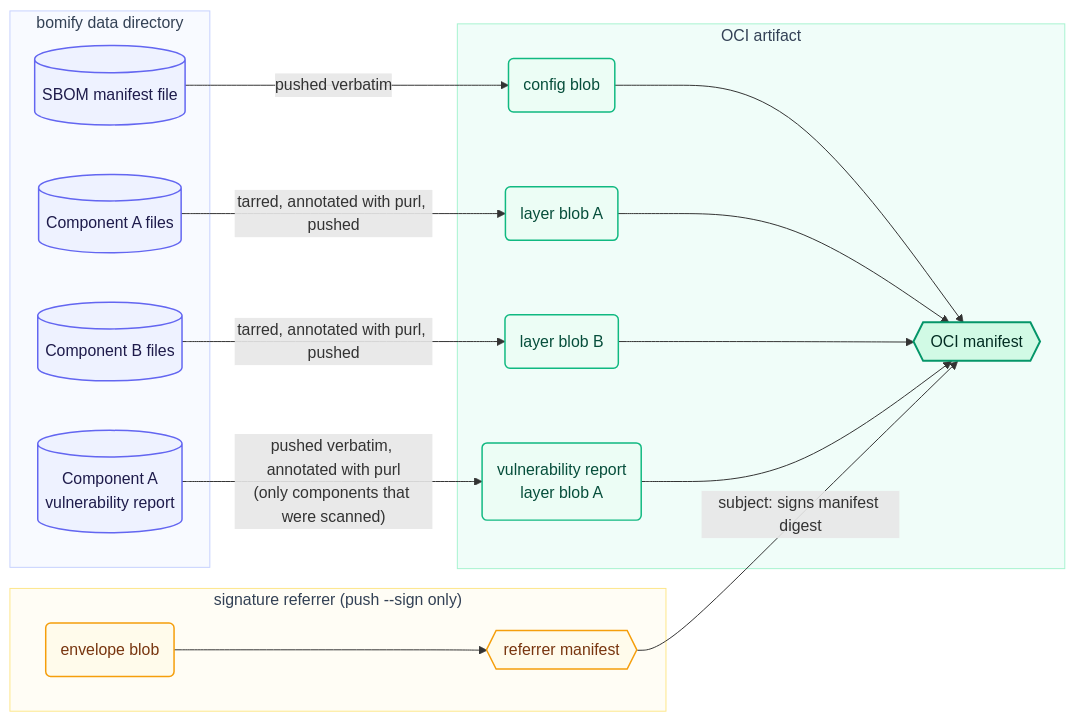
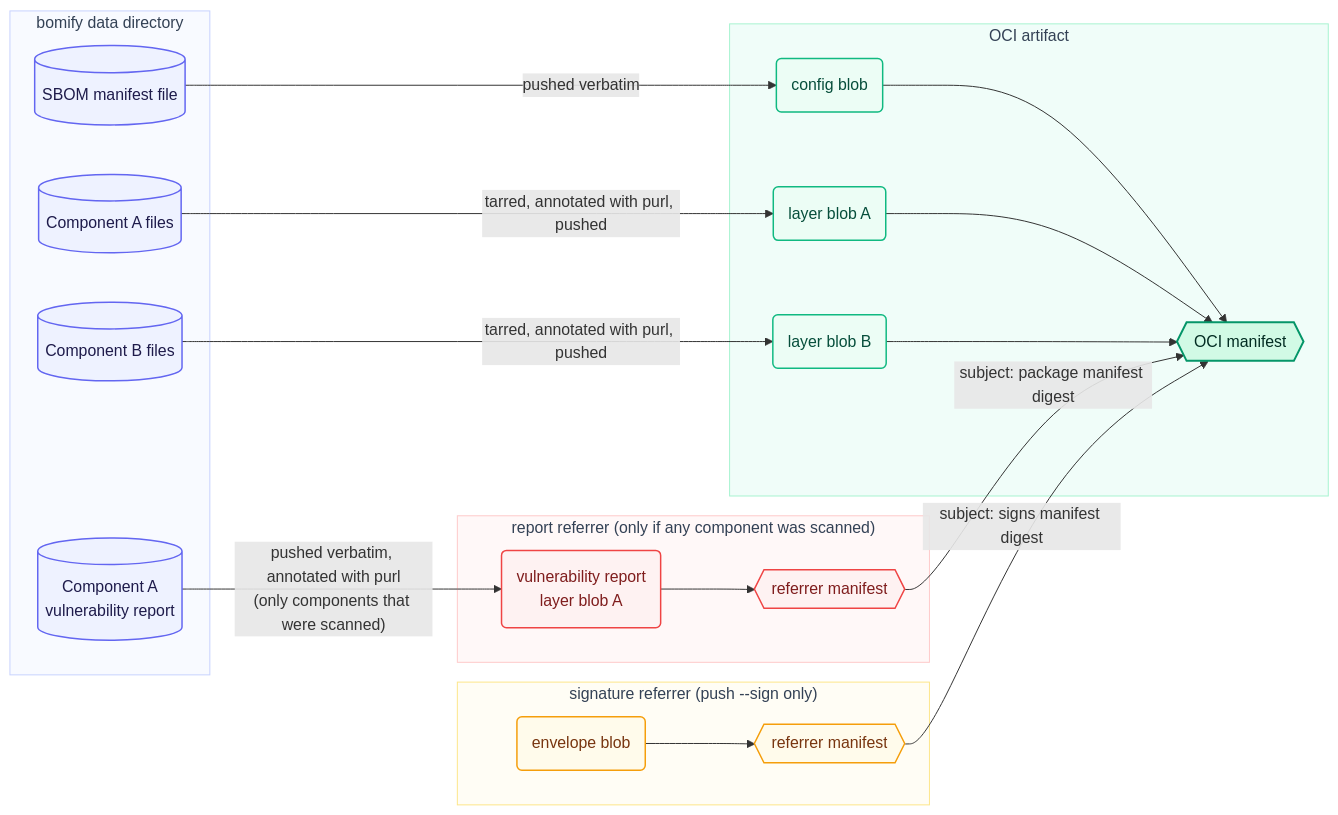
One commit to alejandro-velasco/bomify changed the diagram in docs/diagrams/oci-artifact.mmd. Above: the diagram before and after it, drawn with Mermaid. The commit also changed 33 other files, not shown here.

First line of the commit message:
feat(security): refactor vulnerability report handling and introduce referrer management

```diff
--- a/docs/diagrams/oci-artifact.mmd
+++ b/docs/diagrams/oci-artifact.mmd
@@ -1,44 +1,52 @@
 flowchart LR
     classDef local fill:#EEF2FF,stroke:#6366F1,stroke-width:1.5px,color:#1e1b4b
     classDef oci fill:#ECFDF5,stroke:#10B981,stroke-width:1.5px,color:#064e3b
     classDef ociFinal fill:#D1FAE5,stroke:#059669,stroke-width:2px,color:#022c22
     classDef sig fill:#FFFBEB,stroke:#F59E0B,stroke-width:1.5px,color:#78350f
+    classDef vuln fill:#FEF2F2,stroke:#EF4444,stroke-width:1.5px,color:#7f1d1d
 
     subgraph Local["bomify data directory"]
         SBOM[("SBOM manifest file")]
         C1[("Component A files")]
         C2[("Component B files")]
         V1[("Component A<br/>vulnerability report")]
     end
 
     subgraph OCI["OCI artifact"]
         Config("config blob")
         Layer1("layer blob A")
         Layer2("layer blob B")
+        Manifest{{"OCI manifest"}}
+    end
+
+    subgraph Reports["report referrer (only if any component was scanned)"]
         Vuln1("vulnerability report<br/>layer blob A")
-        Manifest{{"OCI manifest"}}
+        ReportManifest{{"referrer manifest"}}
     end
 
     subgraph Referrer["signature referrer (push --sign only)"]
         Envelope("envelope blob")
         SigManifest{{"referrer manifest"}}
     end
 
     SBOM -- "pushed verbatim" --> Config
     C1 -- "tarred, annotated with purl, pushed" --> Layer1
     C2 -- "tarred, annotated with purl, pushed" --> Layer2
     V1 -- "pushed verbatim, annotated with purl<br/>(only components that were scanned)" --> Vuln1
     Config --> Manifest
     Layer1 --> Manifest
     Layer2 --> Manifest
-    Vuln1 --> Manifest
+    Vuln1 --> ReportManifest
+    ReportManifest -- "subject: package manifest digest" --> Manifest
     Envelope --> SigManifest
     SigManifest -- "subject: signs manifest digest" --> Manifest
 
     class SBOM,C1,C2,V1 local
-    class Config,Layer1,Layer2,Vuln1 oci
+    class Config,Layer1,Layer2 oci
     class Manifest ociFinal
+    class Vuln1,ReportManifest vuln
     class Envelope,SigManifest sig
     style Local fill:#F8FAFF,stroke:#C7D2FE,stroke-width:1px,color:#334155
     style OCI fill:#F0FDF9,stroke:#A7F3D0,stroke-width:1px,color:#334155
+    style Reports fill:#FFF8F8,stroke:#FECACA,stroke-width:1px,color:#334155
     style Referrer fill:#FFFDF5,stroke:#FDE68A,stroke-width:1px,color:#334155
```
